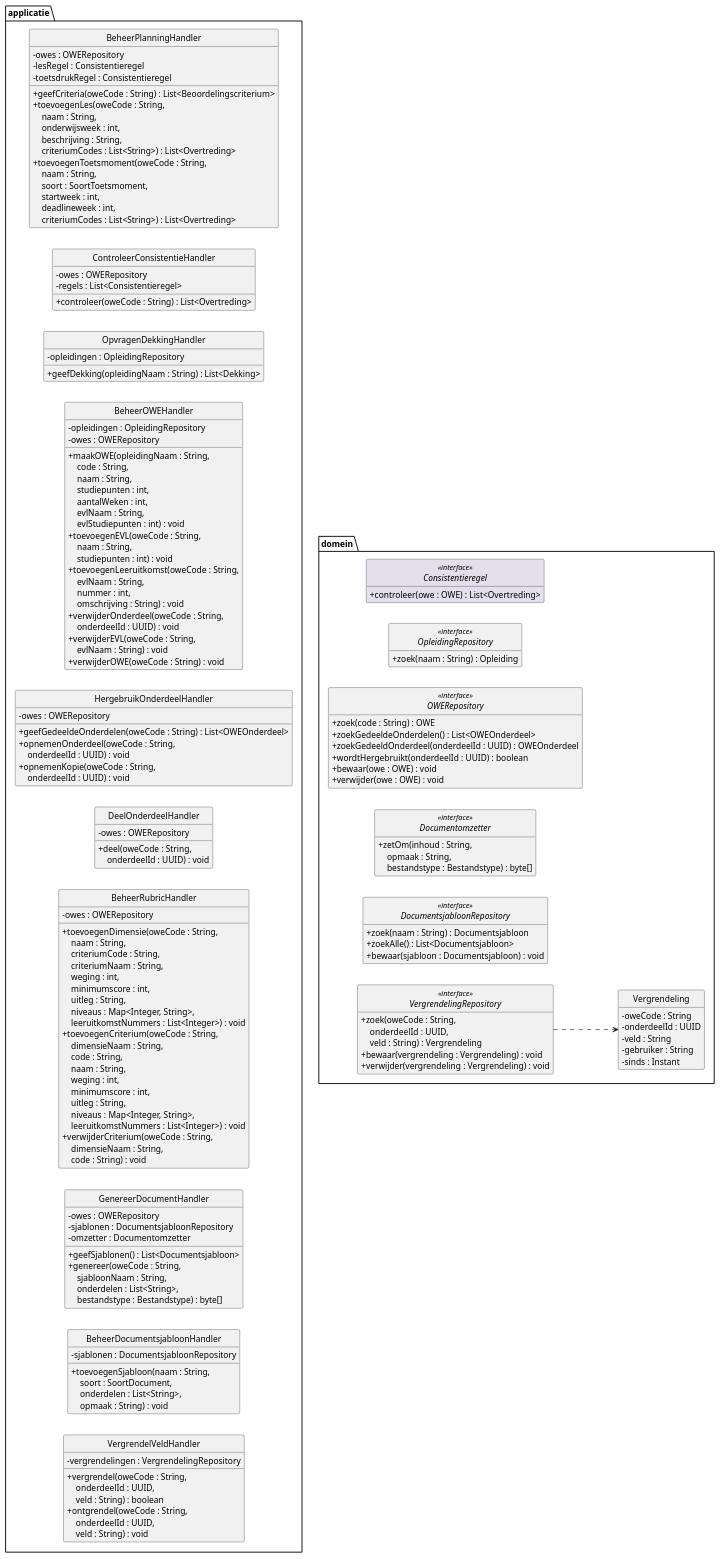
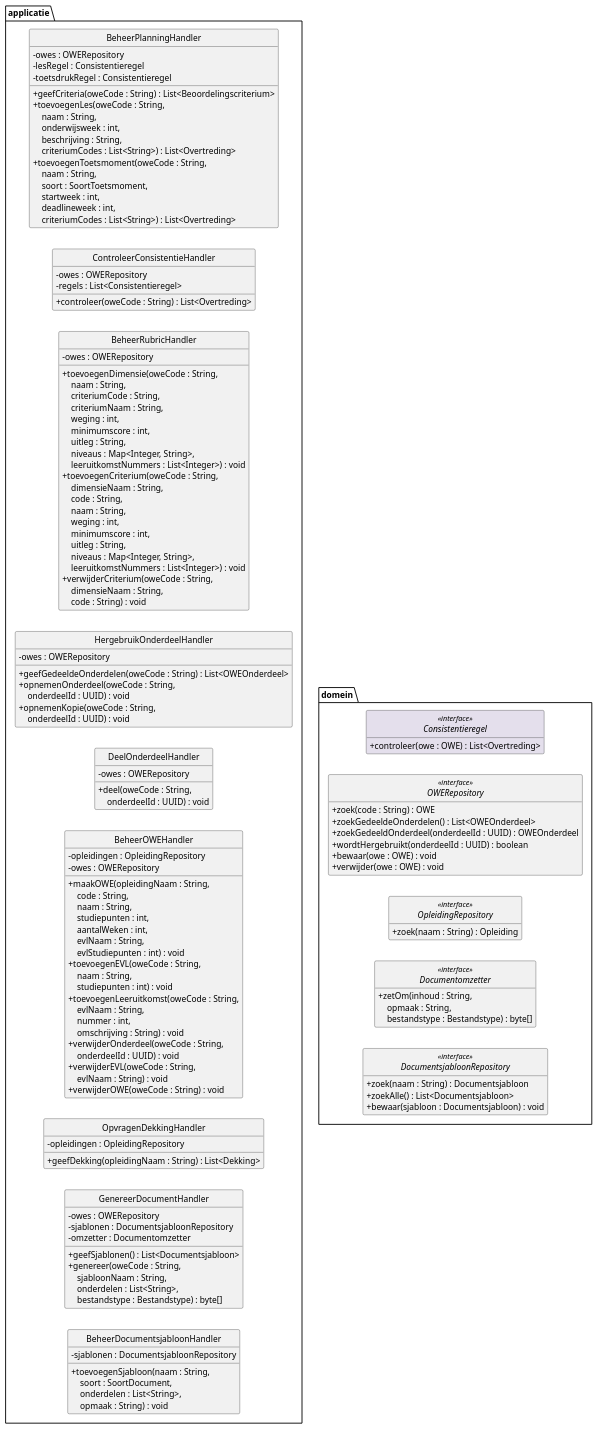
One commit to HAN-Craftsmanship-KL-JJG/casus changed the diagram in docs/design/diagrams/klassendiagram-handlers.puml. Above: the diagram before and after it, drawn with PlantUML. The commit also changed 4 other files, not shown here.

```diff
--- a/docs/design/diagrams/klassendiagram-handlers.puml
+++ b/docs/design/diagrams/klassendiagram-handlers.puml
@@ -1,187 +1,162 @@
 @startuml klassendiagram-handlers
 ' Design class diagram van ICDE: use case controllers, repositories en Documentomzetter.
 ' Toelichting: docs/design/07-klassendiagram.md
 ' De domeinklassen staan volledig in de klassendiagrammen owe, rubric, planning en onderdeel.
 ' Verwijzingen naar repositories en regels staan als attribuut, niet als lijn (Larman 7.4).
 ' De kleur van een klasse is de kleur van het diagram waarin ze volledig staat.
 skinparam style strictuml
 skinparam shadowing false
 skinparam defaultFontName Helvetica
 skinparam classAttributeIconSize 0
 hide empty members
 left to right direction
 
 package applicatie {
   class BeheerOWEHandler {
     - opleidingen : OpleidingRepository
     - owes : OWERepository
     + maakOWE(opleidingNaam : String,\n    \
 code : String,\n    \
 naam : String,\n    \
 studiepunten : int,\n    \
 aantalWeken : int,\n    \
 evlNaam : String,\n    \
 evlStudiepunten : int) : void
     + toevoegenEVL(oweCode : String,\n    \
 naam : String,\n    \
 studiepunten : int) : void
     + toevoegenLeeruitkomst(oweCode : String,\n    \
 evlNaam : String,\n    \
 nummer : int,\n    \
 omschrijving : String) : void
     + verwijderOnderdeel(oweCode : String,\n    \
 onderdeelId : UUID) : void
     + verwijderEVL(oweCode : String,\n    \
 evlNaam : String) : void
     + verwijderOWE(oweCode : String) : void
   }
   class BeheerRubricHandler {
     - owes : OWERepository
     + toevoegenDimensie(oweCode : String,\n    \
 naam : String,\n    \
 criteriumCode : String,\n    \
 criteriumNaam : String,\n    \
 weging : int,\n    \
 minimumscore : int,\n    \
 uitleg : String,\n    \
 niveaus : Map<Integer, String>,\n    \
 leeruitkomstNummers : List<Integer>) : void
     + toevoegenCriterium(oweCode : String,\n    \
 dimensieNaam : String,\n    \
 code : String,\n    \
 naam : String,\n    \
 weging : int,\n    \
 minimumscore : int,\n    \
 uitleg : String,\n    \
 niveaus : Map<Integer, String>,\n    \
 leeruitkomstNummers : List<Integer>) : void
     + verwijderCriterium(oweCode : String,\n    \
 dimensieNaam : String,\n    \
 code : String) : void
   }
   class BeheerPlanningHandler {
     - owes : OWERepository
     - lesRegel : Consistentieregel
     - toetsdrukRegel : Consistentieregel
     + geefCriteria(oweCode : String) : List<Beoordelingscriterium>
     + toevoegenLes(oweCode : String,\n    \
 naam : String,\n    \
 onderwijsweek : int,\n    \
 beschrijving : String,\n    \
 criteriumCodes : List<String>) : List<Overtreding>
     + toevoegenToetsmoment(oweCode : String,\n    \
 naam : String,\n    \
 soort : SoortToetsmoment,\n    \
 startweek : int,\n    \
 deadlineweek : int,\n    \
 criteriumCodes : List<String>) : List<Overtreding>
   }
   class ControleerConsistentieHandler {
     - owes : OWERepository
     - regels : List<Consistentieregel>
     + controleer(oweCode : String) : List<Overtreding>
   }
   class GenereerDocumentHandler {
     - owes : OWERepository
     - sjablonen : DocumentsjabloonRepository
     - omzetter : Documentomzetter
     + geefSjablonen() : List<Documentsjabloon>
     + genereer(oweCode : String,\n    \
 sjabloonNaam : String,\n    \
 onderdelen : List<String>,\n    \
 bestandstype : Bestandstype) : byte[]
   }
   class HergebruikOnderdeelHandler {
     - owes : OWERepository
     + geefGedeeldeOnderdelen(oweCode : String) : List<OWEOnderdeel>
     + opnemenOnderdeel(oweCode : String,\n    \
 onderdeelId : UUID) : void
     + opnemenKopie(oweCode : String,\n    \
 onderdeelId : UUID) : void
   }
   class OpvragenDekkingHandler {
     - opleidingen : OpleidingRepository
     + geefDekking(opleidingNaam : String) : List<Dekking>
   }
   class DeelOnderdeelHandler {
     - owes : OWERepository
     + deel(oweCode : String,\n    \
 onderdeelId : UUID) : void
   }
   class BeheerDocumentsjabloonHandler {
     - sjablonen : DocumentsjabloonRepository
     + toevoegenSjabloon(naam : String,\n    \
 soort : SoortDocument,\n    \
 onderdelen : List<String>,\n    \
 opmaak : String) : void
   }
-  class VergrendelVeldHandler {
-    - vergrendelingen : VergrendelingRepository
-    + vergrendel(oweCode : String,\n    \
-onderdeelId : UUID,\n    \
-veld : String) : boolean
-    + ontgrendel(oweCode : String,\n    \
-onderdeelId : UUID,\n    \
-veld : String) : void
-  }
 }
 
 package domein {
   interface OWERepository <<interface>> {
     + zoek(code : String) : OWE
     + zoekGedeeldeOnderdelen() : List<OWEOnderdeel>
     + zoekGedeeldOnderdeel(onderdeelId : UUID) : OWEOnderdeel
     + wordtHergebruikt(onderdeelId : UUID) : boolean
     + bewaar(owe : OWE) : void
     + verwijder(owe : OWE) : void
   }
   interface OpleidingRepository <<interface>> {
     + zoek(naam : String) : Opleiding
   }
   interface DocumentsjabloonRepository <<interface>> {
     + zoek(naam : String) : Documentsjabloon
     + zoekAlle() : List<Documentsjabloon>
     + bewaar(sjabloon : Documentsjabloon) : void
   }
   interface Documentomzetter <<interface>> {
     + zetOm(inhoud : String,\n    \
 opmaak : String,\n    \
 bestandstype : Bestandstype) : byte[]
   }
-  interface VergrendelingRepository <<interface>> {
-    + zoek(oweCode : String,\n    \
-onderdeelId : UUID,\n    \
-veld : String) : Vergrendeling
-    + bewaar(vergrendeling : Vergrendeling) : void
-    + verwijder(vergrendeling : Vergrendeling) : void
-  }
-  class Vergrendeling {
-    - oweCode : String
-    - onderdeelId : UUID
-    - veld : String
-    - gebruiker : String
-    - sinds : Instant
-  }
   interface Consistentieregel <<interface>> #E4DFEC {
     + controleer(owe : OWE) : List<Overtreding>
   }
 }
 
 ' Onzichtbare lijnen zetten elke handler naast zijn repositories.
 BeheerOWEHandler -[hidden]-> OpleidingRepository
 BeheerOWEHandler -[hidden]-> OWERepository
 BeheerRubricHandler -[hidden]-> OWERepository
 BeheerPlanningHandler -[hidden]-> OWERepository
 ControleerConsistentieHandler -[hidden]-> OWERepository
 ControleerConsistentieHandler -[hidden]-> Consistentieregel
 BeheerPlanningHandler -[hidden]-> Consistentieregel
 GenereerDocumentHandler -[hidden]-> OWERepository
 GenereerDocumentHandler -[hidden]-> DocumentsjabloonRepository
 GenereerDocumentHandler -[hidden]-> Documentomzetter
 HergebruikOnderdeelHandler -[hidden]-> OWERepository
 OpvragenDekkingHandler -[hidden]-> OpleidingRepository
 DeelOnderdeelHandler -[hidden]-> OWERepository
 BeheerDocumentsjabloonHandler -[hidden]-> DocumentsjabloonRepository
-VergrendelVeldHandler -[hidden]-> VergrendelingRepository
-VergrendelingRepository ..> Vergrendeling
 @enduml
```
